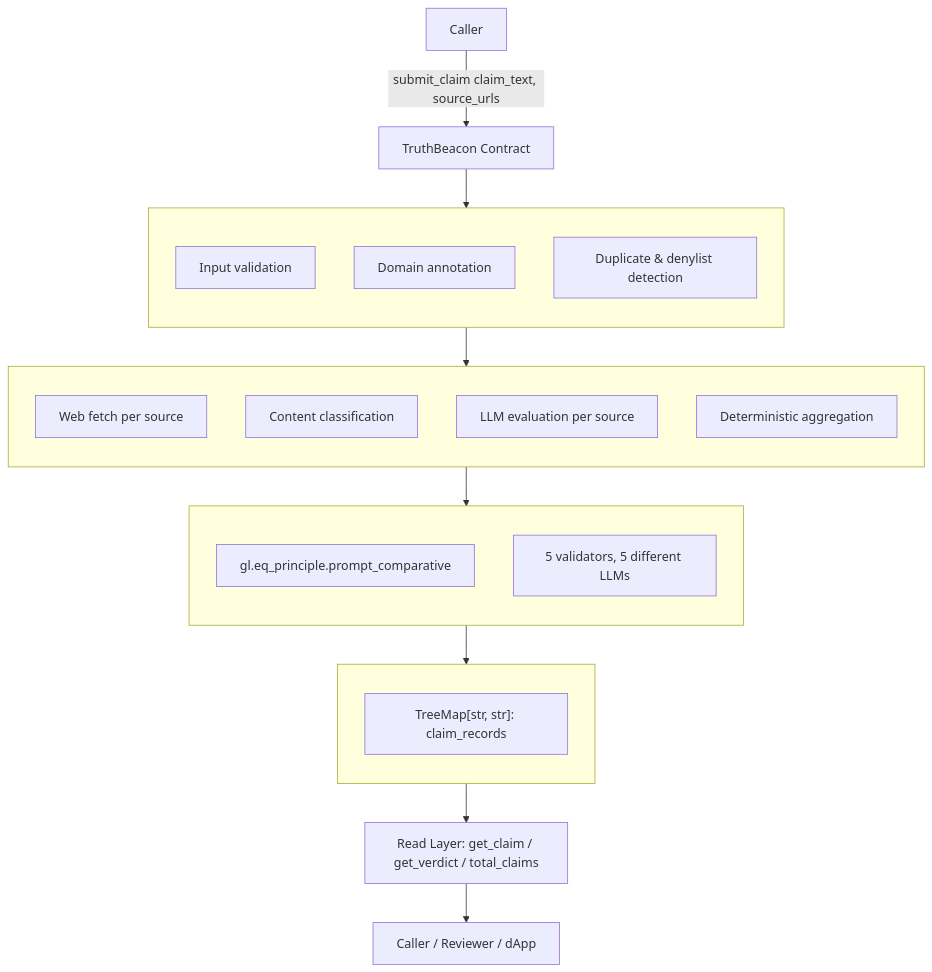
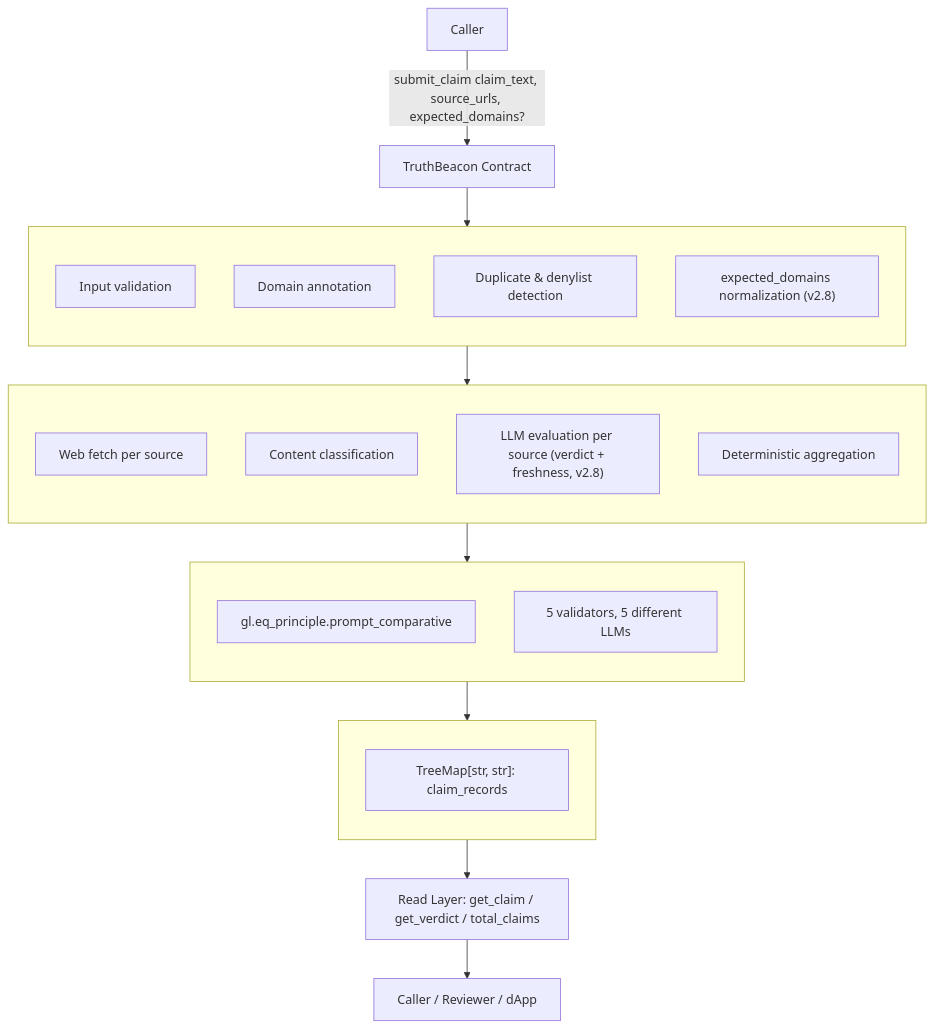
The first of 4 diagrams in ARCHITECTURE.md (123Cryp/genlayer-truthbeacon), drawn with Mermaid before and after one commit. The commit also changed other lines of this file and 5 other files, not shown here.

````diff
--- a/ARCHITECTURE.md
+++ b/ARCHITECTURE.md
@@ -11,36 +11,37 @@
 ```mermaid
 flowchart TD
-    A[Caller] -->|submit_claim claim_text, source_urls| B[TruthBeacon Contract]
+    A[Caller] -->|submit_claim claim_text, source_urls, expected_domains?| B[TruthBeacon Contract]
     B --> C[Deterministic Pre-Flight Layer]
     C --> D[Non-Deterministic Evaluation Layer]
     D --> E[Consensus Layer]
     E --> F[Storage Layer]
     F --> G[Read Layer: get_claim / get_verdict / total_claims]
     G --> H[Caller / Reviewer / dApp]
 
     subgraph C[" "]
         direction TB
         C1[Input validation]
         C2[Domain annotation]
-        C3[Duplicate & denylist detection]
+        C3["Duplicate & denylist detection"]
+        C4["expected_domains normalization (v2.8)"]
     end
 
     subgraph D[" "]
         direction TB
         D1[Web fetch per source]
         D2[Content classification]
-        D3[LLM evaluation per source]
+        D3["LLM evaluation per source (verdict + freshness, v2.8)"]
         D4[Deterministic aggregation]
     end
 
     subgraph E[" "]
         direction TB
         E1["gl.eq_principle.prompt_comparative"]
         E2["5 validators, 5 different LLMs"]
     end
 
     subgraph F[" "]
         direction TB
         F1["TreeMap[str, str]: claim_records"]
     end
 ```
````
